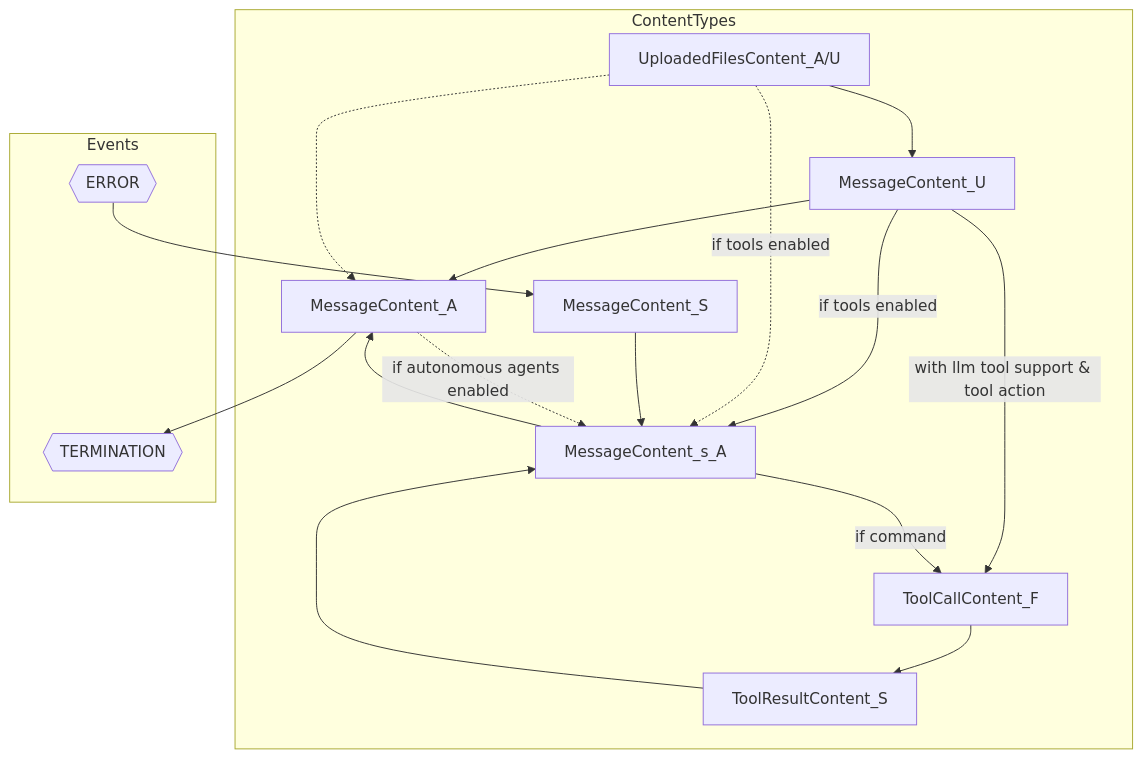
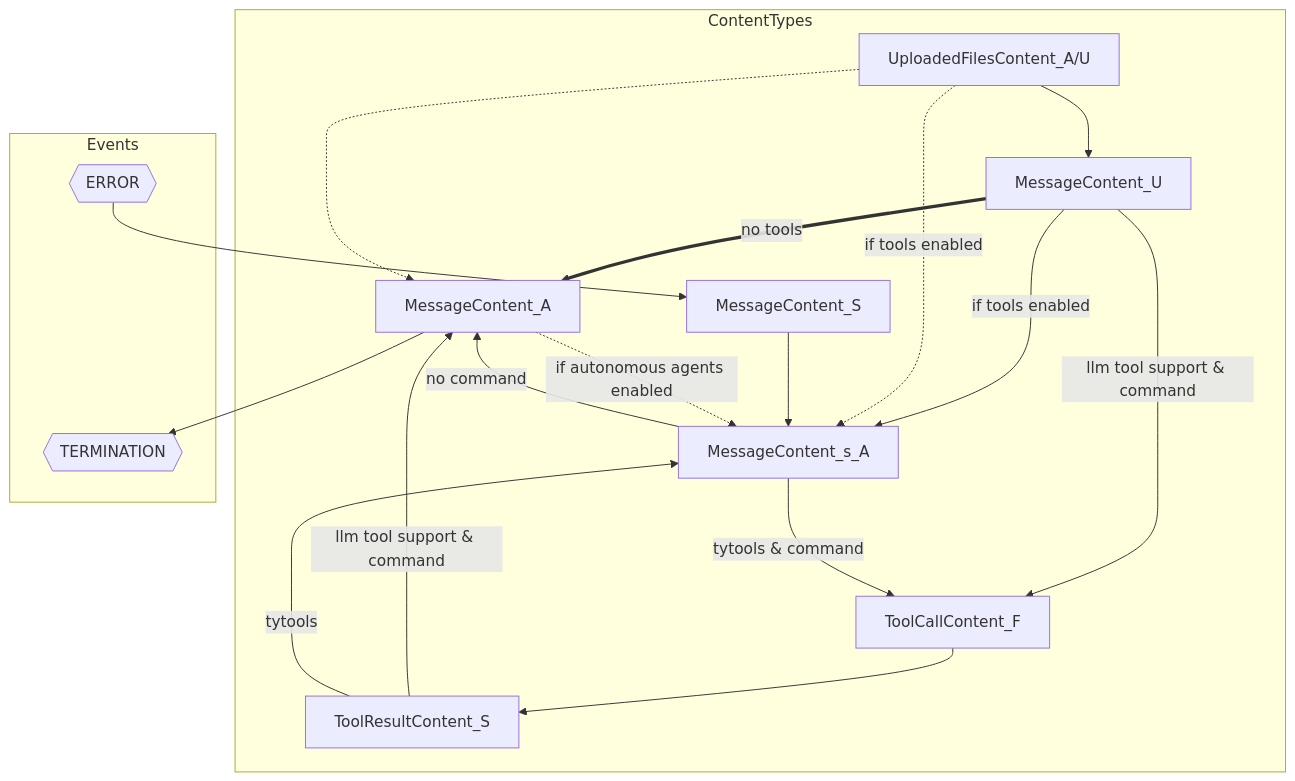
The diagram in public/docs/conversations/taskyon_description.md (Xyntopia/taskyon), drawn with Mermaid before and after one commit. The commit also changed other lines of this file and 3 other files, not shown here.

````diff
--- a/public/docs/conversations/taskyon_description.md
+++ b/public/docs/conversations/taskyon_description.md
@@ -58,32 +62,33 @@
 ```mermaid
 flowchart TD
     subgraph ContentTypes
         MessageContent_A[MessageContent_A]
         MessageContent_U[MessageContent_U]
         MessageContent_S[MessageContent_S]
         MessageContent_s_A[MessageContent_s_A]
         ToolCallContent[ToolCallContent_F]
-        ToolResultContent_F[ToolResultContent_S]
+        ToolResultContent_S[ToolResultContent_S]
         UploadedFilesContent[UploadedFilesContent_A/U]
     end
 
     subgraph Events
         TERMINATION{{TERMINATION}}
         ERROR{{ERROR}}
     end
 
     MessageContent_A --> TERMINATION
     MessageContent_U -- if tools enabled--> MessageContent_s_A
-    MessageContent_U -- with llm tool support & tool action--> ToolCallContent
-    MessageContent_U --> MessageContent_A
-    MessageContent_s_A --> MessageContent_A
-    MessageContent_s_A --if command--> ToolCallContent
-    ToolCallContent --> ToolResultContent_F
+    MessageContent_U -- llm tool support & command--> ToolCallContent
+    ToolResultContent_S -- llm tool support & command--> MessageContent_A
+    MessageContent_U == no tools ==> MessageContent_A
+    MessageContent_s_A -- no command --> MessageContent_A
+    MessageContent_s_A --tytools & command--> ToolCallContent
+    ToolCallContent --> ToolResultContent_S
     UploadedFilesContent --> MessageContent_U
     UploadedFilesContent -.-> MessageContent_A
     UploadedFilesContent -.if tools enabled.-> MessageContent_s_A
-    ToolResultContent_F --> MessageContent_s_A
+    ToolResultContent_S -- tytools --> MessageContent_s_A
     ERROR --> MessageContent_S
     MessageContent_S --> MessageContent_s_A
     MessageContent_A -. if autonomous agents enabled .-> MessageContent_s_A
 ```
````
